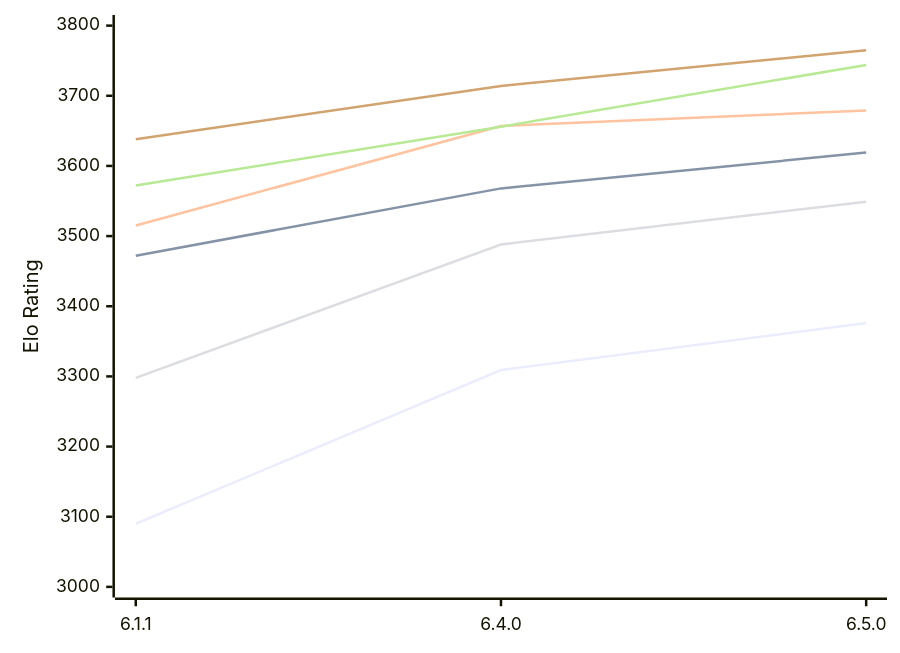
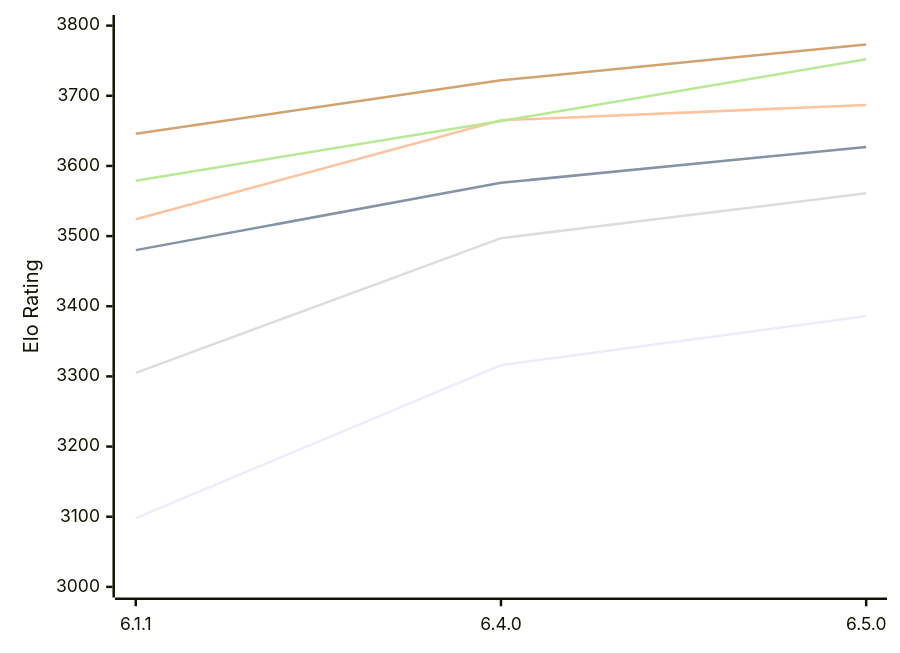
The first of 2 diagrams in engines/Zigqueen.md (computer-chess-index/cci), drawn with Mermaid before and after one commit. The commit also changed other lines of this file, not shown here.

Commit message:
Update CCI Ratings (ELO VLTC) - 2026-11-03

````diff
--- a/engines/Zigqueen.md
+++ b/engines/Zigqueen.md
@@ -55,12 +55,12 @@
 ```mermaid
 %%{init: {"theme":"base","themeVariables":{"seriesColors:['#a3a3a3','#222221','#faa371']}}}%%
 xychart-beta
   x-axis ["6.1.1", "6.4.0", "6.5.0"]
   y-axis "Elo Rating" 3000 --> 3800
-  line "E1: STC (8.0+0.08s)" [3090, 3309, 3376]
-  line "E1: LTC (60.0+0.60s)" [3472, 3568, 3619]
-  line "E1: VLTC (2m24s+1.12s)" [3515, 3657, 3679]
-  line "P1: STC (8.0+0.08s)" [3298, 3488, 3549]
-  line "P1: LTC (60.0+0.60s)" [3572, 3656, 3744]
-  line "P1: VLTC (2m24s+1.12s)" [3638, 3714, 3765]
+  line "E1: STC (8.0+0.08s)" [3098, 3316, 3386]
+  line "E1: LTC (60.0+0.60s)" [3480, 3576, 3627]
+  line "E1: VLTC (2m24s+1.12s)" [3524, 3665, 3687]
+  line "P1: STC (8.0+0.08s)" [3305, 3497, 3561]
+  line "P1: LTC (60.0+0.60s)" [3579, 3664, 3752]
+  line "P1: VLTC (2m24s+1.12s)" [3646, 3722, 3773]
 ```
````
